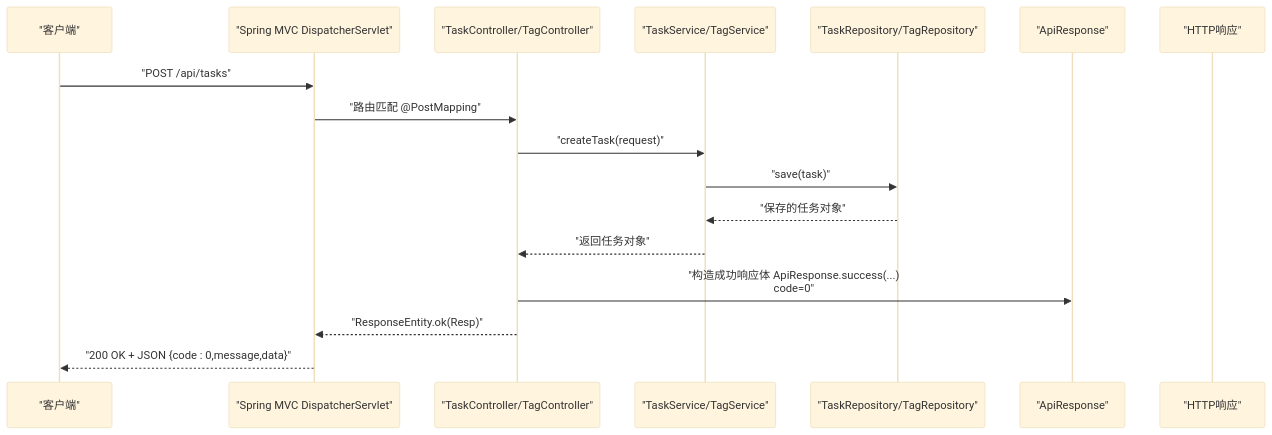
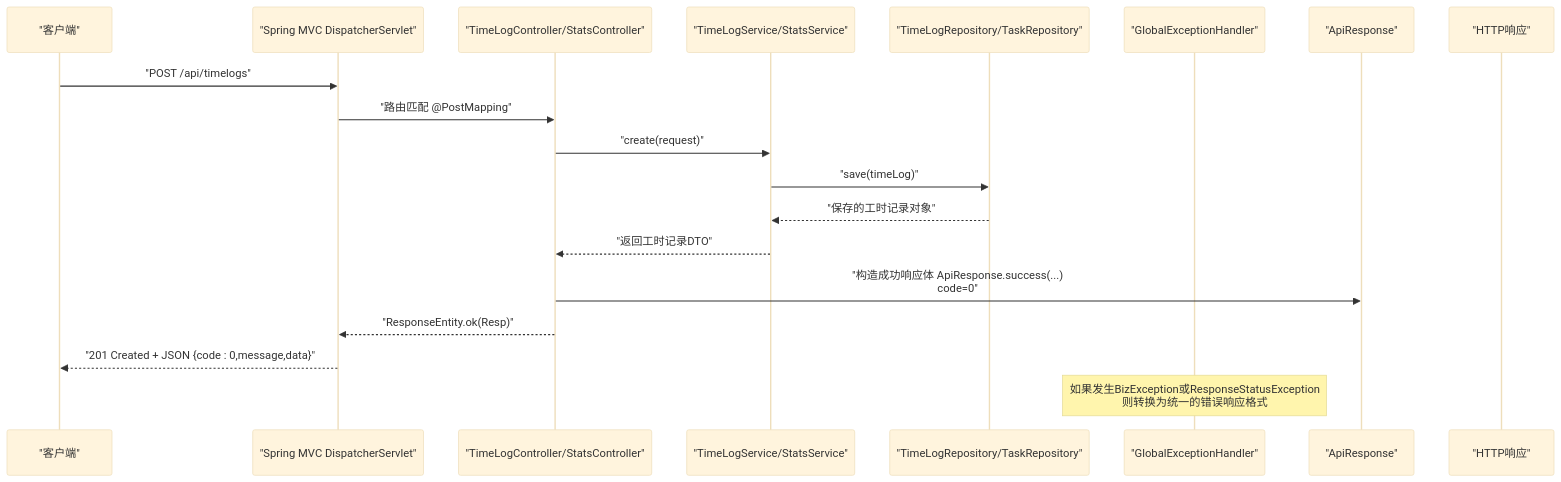
The second of 3 diagrams in .qoder/repowiki/zh/content/后端架构/API控制器层.md (zhou9832/test1-qoder), drawn with Mermaid (base theme) before and after one commit. The commit also changed other lines of this file and 51 other files, not shown here.

````diff
--- a/.qoder/repowiki/zh/content/后端架构/API控制器层.md
+++ b/.qoder/repowiki/zh/content/后端架构/API控制器层.md
@@ -157,19 +193,21 @@
 ```mermaid
 sequenceDiagram
 participant Client as "客户端"
 participant SpringMVC as "Spring MVC DispatcherServlet"
-participant Controller as "TaskController/TagController"
-participant Service as "TaskService/TagService"
-participant Repo as "TaskRepository/TagRepository"
+participant Controller as "TimeLogController/StatsController"
+participant Service as "TimeLogService/StatsService"
+participant Repo as "TimeLogRepository/TaskRepository"
+participant ExceptionHandler as "GlobalExceptionHandler"
 participant Resp as "ApiResponse"
 participant HTTP as "HTTP响应"
-Client->>SpringMVC : "POST /api/tasks"
+Client->>SpringMVC : "POST /api/timelogs"
 SpringMVC->>Controller : "路由匹配 @PostMapping"
-Controller->>Service : "createTask(request)"
-Service->>Repo : "save(task)"
-Repo-->>Service : "保存的任务对象"
-Service-->>Controller : "返回任务对象"
+Controller->>Service : "create(request)"
+Service->>Repo : "save(timeLog)"
+Repo-->>Service : "保存的工时记录对象"
+Service-->>Controller : "返回工时记录DTO"
 Controller->>Resp : "构造成功响应体 ApiResponse.success(...)<br/>code=0"
 Controller-->>SpringMVC : "ResponseEntity.ok(Resp)"
-SpringMVC-->>Client : "200 OK + JSON {code : 0,message,data}"
+SpringMVC-->>Client : "201 Created + JSON {code : 0,message,data}"
+Note over ExceptionHandler : 如果发生BizException或ResponseStatusException<br/>则转换为统一的错误响应格式
 ```
````
